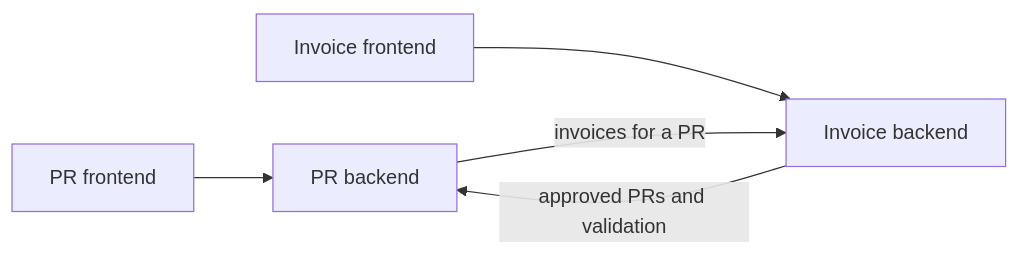
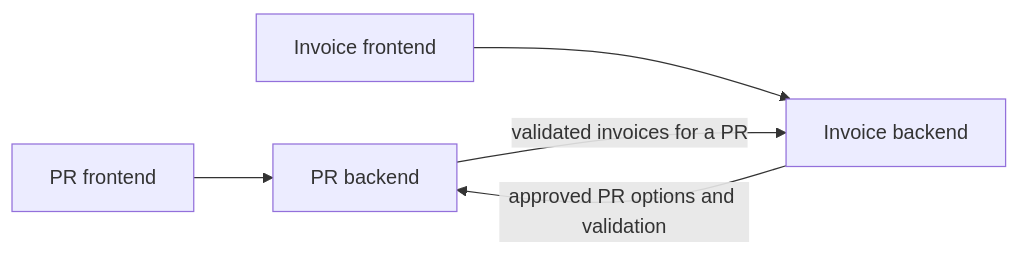
The diagram in docs/DESIGN.md (IhuliR/procurement-case-study), drawn with Mermaid before and after one commit. The commit also changed other lines of this file, not shown here.

````diff
--- a/docs/DESIGN.md
+++ b/docs/DESIGN.md
@@ -57,7 +44,7 @@
 ```mermaid
 flowchart LR
     PF["PR frontend"] --> PB["PR backend"]
     IF["Invoice frontend"] --> IB["Invoice backend"]
-    IB -->|"approved PRs and validation"| PB
-    PB -->|"invoices for a PR"| IB
+    IB -->|"approved PR options and validation"| PB
+    PB -->|"validated invoices for a PR"| IB
 ```
````
